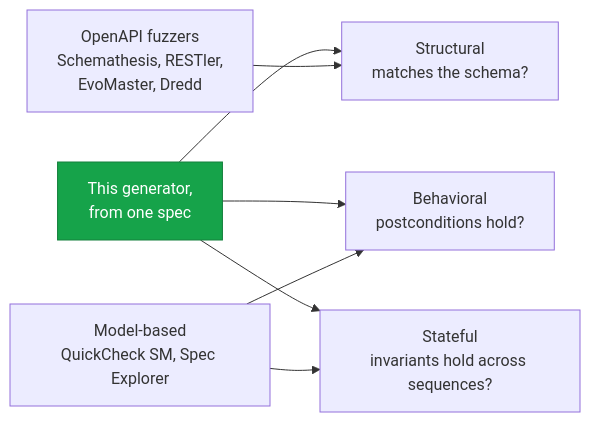
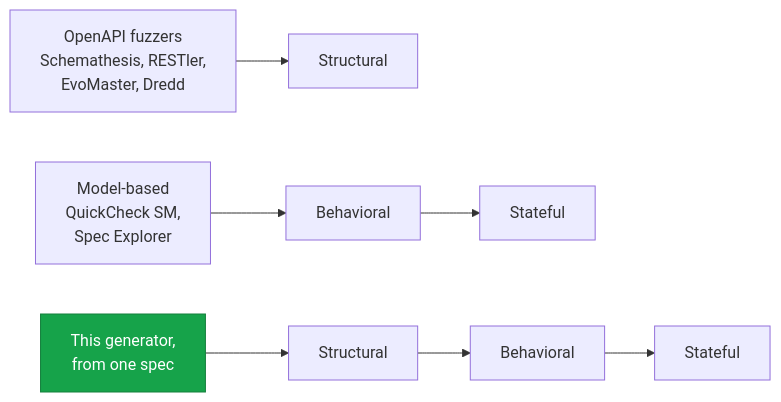
Before and after one commit to HardMax71/spec_to_rest: the diagram in docs/content/docs/research/test_generation/comparison.md, drawn with Mermaid.

Commit message:
docs(research): redraw the coverage-spectrum diagram to remove crossing arrows
The fan of edges from three tool nodes into three shared dimension nodes crossed and obscured what landed where. Redrawn as three independent left-to-right rows, one per tool family, each chaining only through the dimensions it covers (fuzzers stop at structural, model-based run behavioral into stateful, this generator spans all three), so no arrows cross and coverage depth reads as chain length.

````diff
--- a/docs/content/docs/research/test_generation/comparison.md
+++ b/docs/content/docs/research/test_generation/comparison.md
@@ -47,13 +47,10 @@
 ```mermaid
 flowchart LR
-  S["Structural<br/>matches the schema?"]
-  B["Behavioral<br/>postconditions hold?"]
-  ST["Stateful<br/>invariants hold across sequences?"]
-  Fuzz["OpenAPI fuzzers<br/>Schemathesis, RESTler,<br/>EvoMaster, Dredd"] --> S
-  Model["Model-based<br/>QuickCheck SM, Spec Explorer"] --> B
-  Model --> ST
-  Ours["This generator,<br/>from one spec"] --> S
-  Ours --> B
-  Ours --> ST
+  Fuzz["OpenAPI fuzzers<br/>Schemathesis, RESTler,<br/>EvoMaster, Dredd"] --> F1["Structural"]
+  Model["Model-based<br/>QuickCheck SM,<br/>Spec Explorer"] --> M1["Behavioral"]
+  M1 --> M2["Stateful"]
+  Ours["This generator,<br/>from one spec"] --> O1["Structural"]
+  O1 --> O2["Behavioral"]
+  O2 --> O3["Stateful"]
   style Ours fill:#16a34a,stroke:#15803d,color:#ffffff
 ```
````
